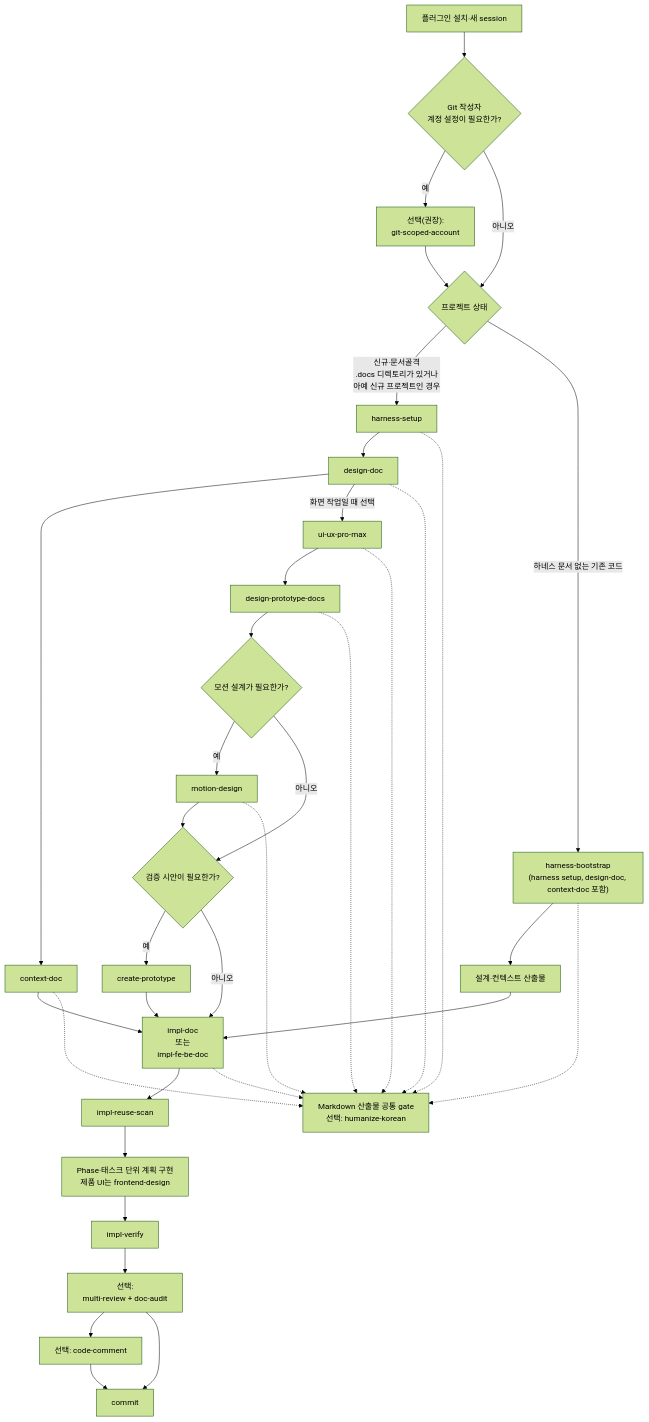
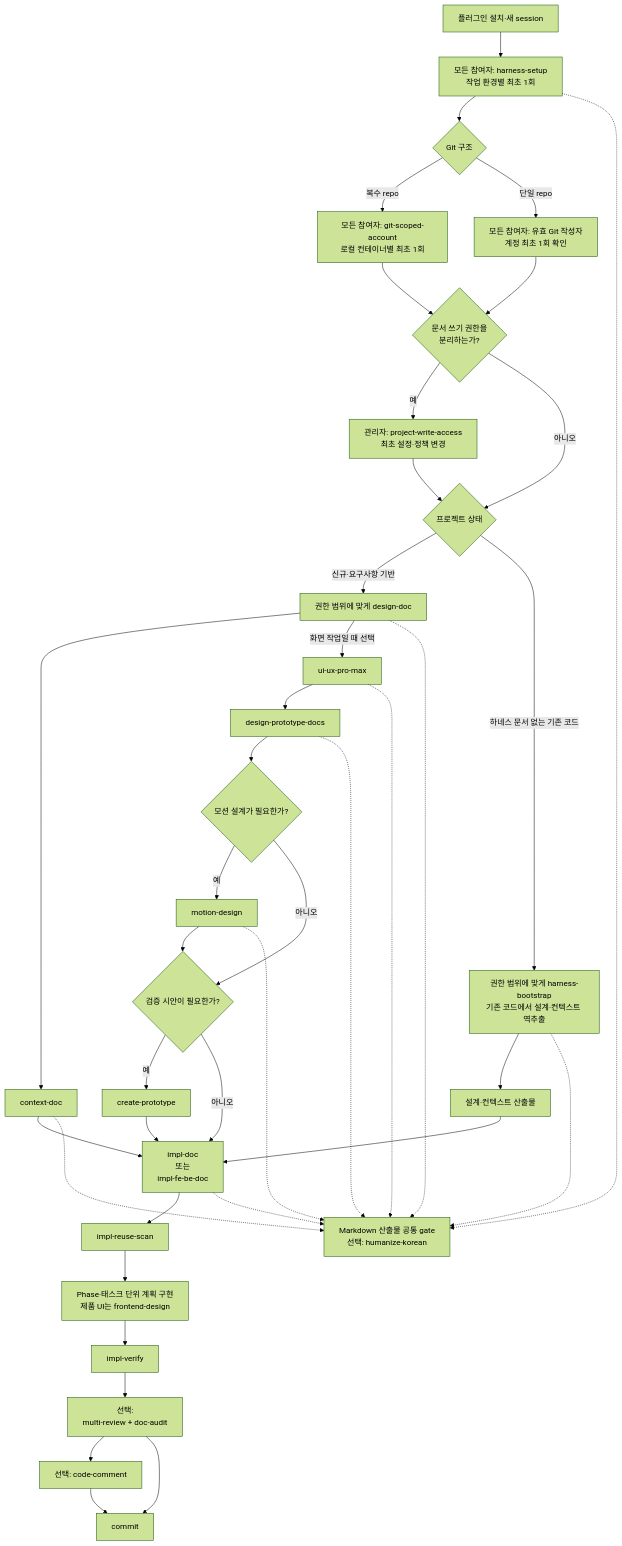
One commit to hb9397/ai-agent-harness-docs changed the first of 2 diagrams in README.md. Above: the diagram before and after it, drawn with Mermaid (forest theme). The commit also changed other lines of this file and 5 other files, not shown here.

````diff
--- a/README.md
+++ b/README.md
@@ -97,40 +98,44 @@
 ```mermaid
 flowchart TD
-    P["플러그인 설치·새 session"] --> G{" Git 작성자<br/>계정 설정이 필요한가?"}
-    G -->|"예"| GA["선택(권장): <br/>git-scoped-account"]
-    G -->|"아니오"| N{"프로젝트 상태"}
-    GA --> N
-    N -->|"신규·문서골격<br/>.docs 디렉토리가 있거나<br/> 아예 신규 프로젝트인 경우"| S["harness-setup"]
-    S --> D["design-doc<br/>"]
-    N -->|"하네스 문서 없는 기존 코드"| B["harness-bootstrap<br/>(harness setup, design-doc, context-doc 포함)"]
+    P["플러그인 설치·새 session"] --> S["모든 참여자: harness-setup<br/>작업 환경별 최초 1회"]
+    S --> G{"Git 구조"}
+    G -->|"복수 repo"| GA["모든 참여자: git-scoped-account<br/>로컬 컨테이너별 최초 1회"]
+    G -->|"단일 repo"| GV["모든 참여자: 유효 Git 작성자<br/>계정 최초 1회 확인"]
+    GA --> A{"문서 쓰기 권한을<br/>분리하는가?"}
+    GV --> A
+    A -->|"예"| PA["관리자: project-write-access<br/>최초 설정·정책 변경"]
+    A -->|"아니오"| N{"프로젝트 상태"}
+    PA --> N
+    N -->|"신규·요구사항 기반"| D["권한 범위에 맞게 design-doc"]
+    N -->|"하네스 문서 없는 기존 코드"| B["권한 범위에 맞게 harness-bootstrap<br/>기존 코드에서 설계·컨텍스트 역추출"]
     D --> C["context-doc"]
     B --> C2["설계·컨텍스트 산출물"]
     D -->|"화면 작업일 때 선택"| UX["ui-ux-pro-max"]
     UX --> U["design-prototype-docs"]
     U --> M{"모션 설계가 필요한가?"}
     M -->|"예"| MD["motion-design"]
     M -->|"아니오"| T{"검증 시안이 필요한가?"}
     MD --> T
     T -->|"예"| CP["create-prototype"]
     T -->|"아니오"| I
     CP --> I
     C --> I["impl-doc <br/>또는<br/> impl-fe-be-doc"]
     C2 --> I
     I --> R["impl-reuse-scan"]
     R --> W["Phase·태스크 단위 계획 구현<br/>제품 UI는 frontend-design"]
     W --> V["impl-verify"]
     V --> Q["선택:<br/>multi-review + doc-audit"]
     Q --> CC["선택: code-comment"]
     CC --> CM["commit"]
     Q --> CM
 
     H["Markdown 산출물 공통 gate<br/>선택: humanize-korean<br/>"]
     S -.-> H
     B -.-> H
     D -.-> H
     C -.-> H
     UX -.-> H
     U -.-> H
     MD -.-> H
     I -.-> H
 ```
````
